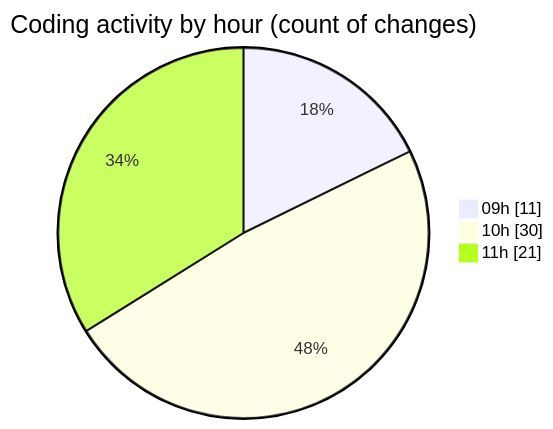
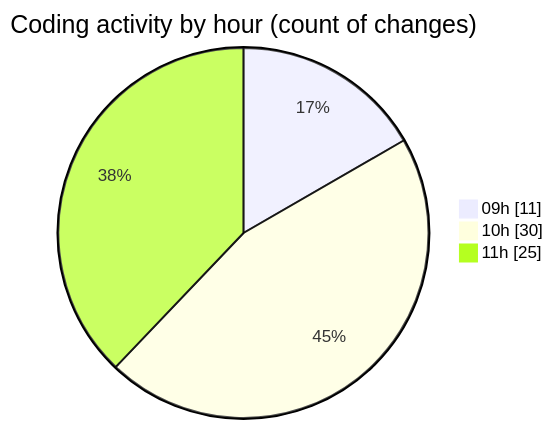
The second of 2 diagrams in 2025-06-24/cda/README.md (momahboobian/code-tracking), drawn with Mermaid before and after one commit. The commit also changed other lines of this file and 1 other file, not shown here.

````diff
--- a/2025-06-24/cda/README.md
+++ b/2025-06-24/cda/README.md
@@ -28,7 +28,7 @@
 ```mermaid
 pie showData
 title Coding activity by hour (count of changes)
 "09h" : 11
 "10h" : 30
-"11h" : 21
+"11h" : 25
 ```
````
